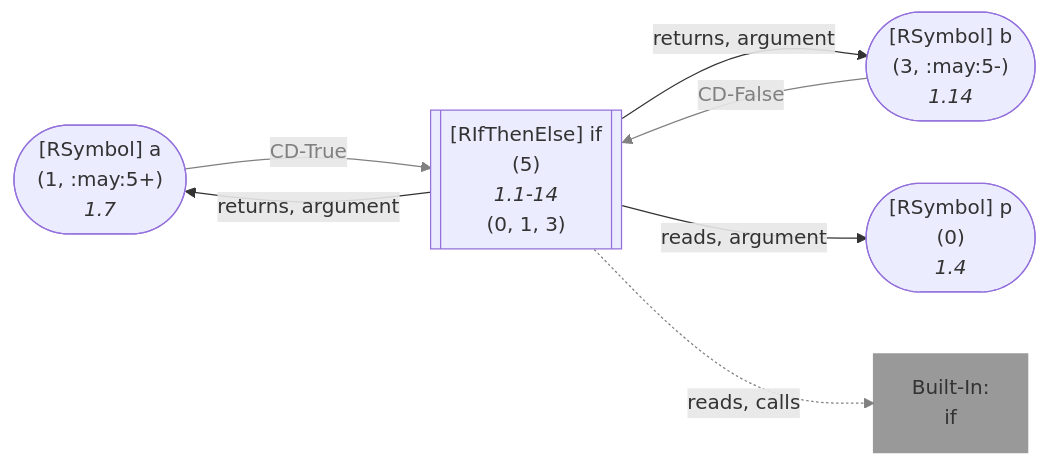
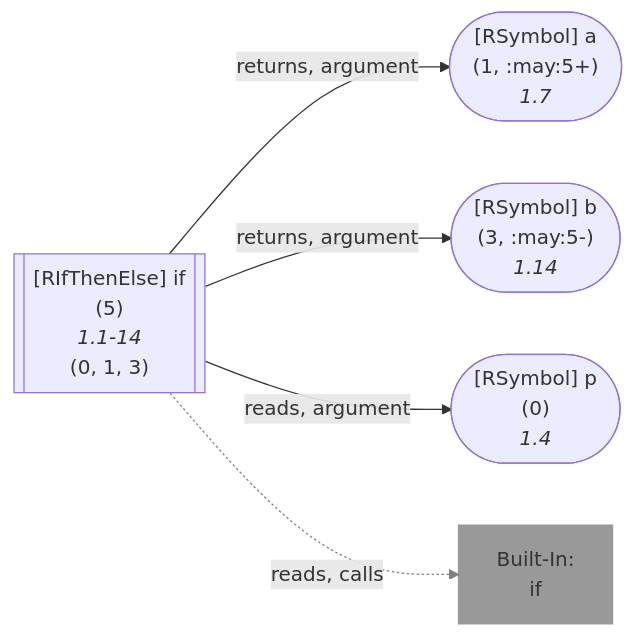
Diagram 14 of 54 in wiki/Dataflow Graph.md (flowr-analysis/flowr), drawn with Mermaid before and after one commit. The commit also changed other lines of this file and 7 other files, not shown here.

Commit message:
[skip ci] doc: update generated wiki pages (wiki/Search API.md,wiki/Query API.md,wiki/Control Flow Graph.md,wiki/Core.md,wiki/Interface.md,wiki/Dataflow Graph.md,wiki/Linting and Testing.md,README.md)

````diff
--- a/wiki/Dataflow Graph.md
+++ b/wiki/Dataflow Graph.md
@@ -2206,28 +2104,27 @@
 ```mermaid
 flowchart LR
     0(["`#91;RSymbol#93; p
       (0)
       *1.4*`"])
+   %% No edges found for 0
     1(["`#91;RSymbol#93; a
       (1, :may:5+)
       *1.7*`"])
+   %% No edges found for 1
     3(["`#91;RSymbol#93; b
       (3, :may:5-)
       *1.14*`"])
+   %% No edges found for 3
     5[["`#91;RIfThenElse#93; if
       (5)
       *1.1-14*
     (0, 1, 3)`"]]
     built-in:if["`Built-In:
 if`"]
     style built-in:if stroke:gray,fill:gray,stroke-width:2px,opacity:.8;
-    1 -->|"CD-True"| 5
-    linkStyle 0 stroke:gray,color:gray;
-    3 -->|"CD-False"| 5
-    linkStyle 1 stroke:gray,color:gray;
     5 -->|"returns, argument"| 1
     5 -->|"returns, argument"| 3
     5 -->|"reads, argument"| 0
     5 -.->|"reads, calls"| built-in:if
-    linkStyle 5 stroke:gray;
+    linkStyle 3 stroke:gray;
 ```
````
